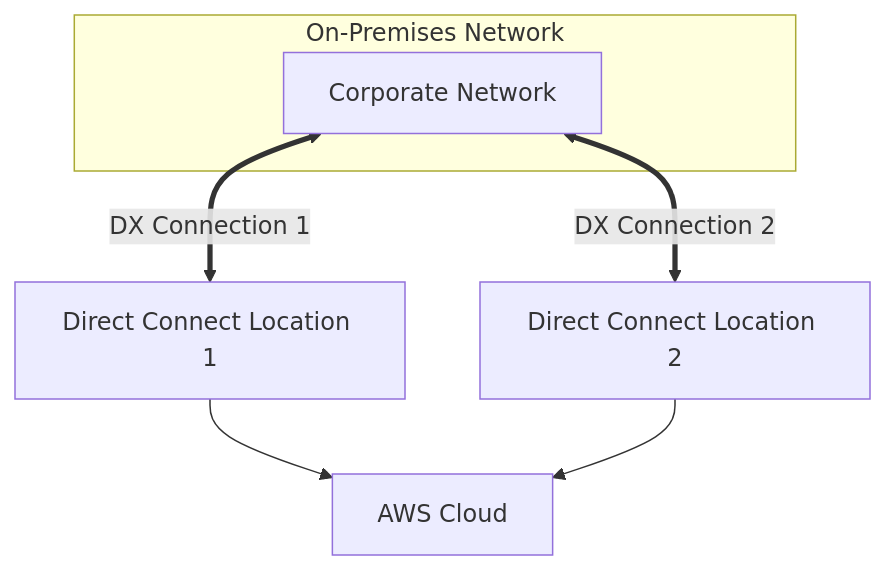
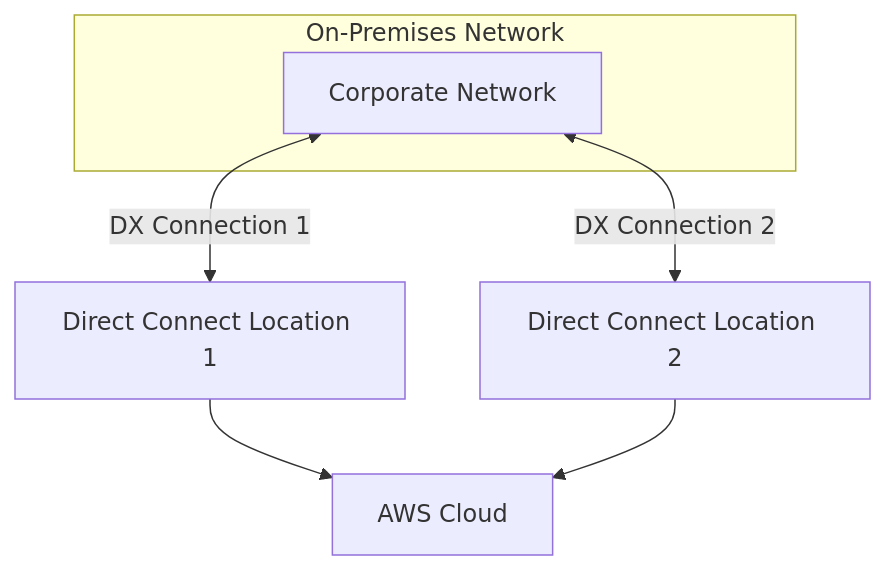
One commit to ReginRavi/AIP-C01 changed the ninth of 39 diagrams in 1.1 AWS — Evaluating Connectivity Options for On-Premises, Co-Location & Cloud Integration.md. Above: the diagram before and after it, drawn with Mermaid. The commit also changed other lines of this file, not shown here.

Commit message:
Fix Mermaid diagram syntax in 1.1 Evaluating Connectivity Options

````diff
--- a/1.1 AWS — Evaluating Connectivity Options for On-Premises, Co-Location & Cloud Integration.md
+++ b/1.1 AWS — Evaluating Connectivity Options for On-Premises, Co-Location & Cloud Integration.md
@@ -278,9 +280,11 @@
 ```mermaid
 flowchart TD
-    subgraph OnPrem["On-Premises Network"]
+    subgraph OnPrem ["On-Premises Network"]
         Corp["Corporate Network"]
     end
 
-    Corp <==>|"DX Connection 1"| DX1["Direct Connect Location 1"] --> AWS["AWS Cloud"]
-    Corp <==>|"DX Connection 2"| DX2["Direct Connect Location 2"] --> AWS
+    Corp <-->|"DX Connection 1"| DX1["Direct Connect Location 1"]
+    DX1 --> AWS["AWS Cloud"]
+    Corp <-->|"DX Connection 2"| DX2["Direct Connect Location 2"]
+    DX2 --> AWS
 ```
````
